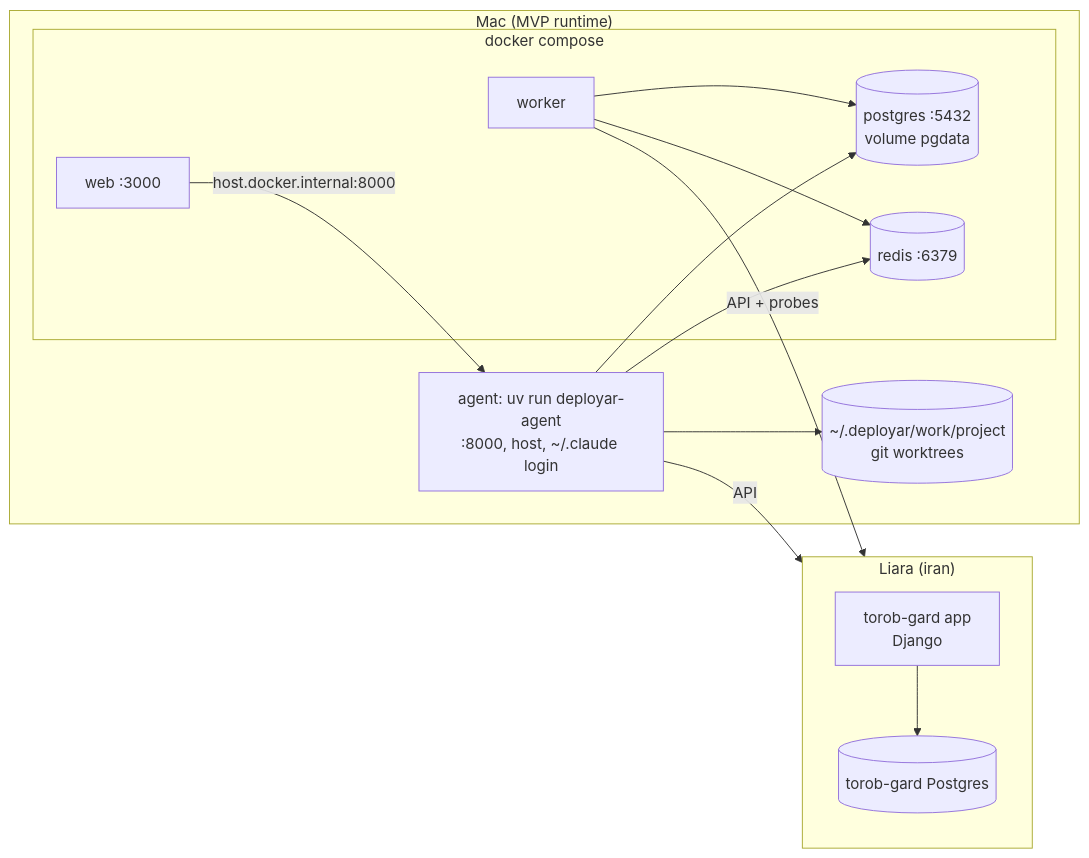
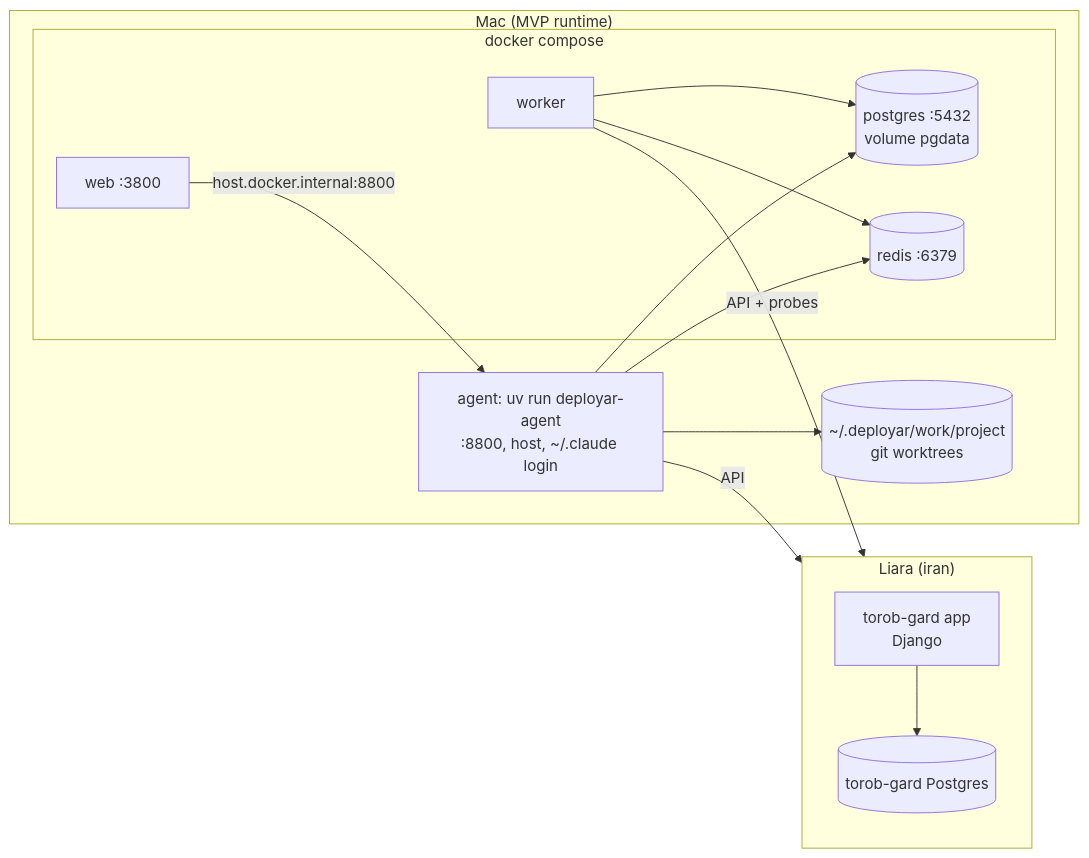
The fourth of 10 diagrams in docs/ARCHITECTURE.md (amircodington/deployar), drawn with Mermaid before and after one commit. The commit also changed other lines of this file and 27 other files, not shown here.

````diff
--- a/docs/ARCHITECTURE.md
+++ b/docs/ARCHITECTURE.md
@@ -128,26 +128,26 @@
 ```mermaid
 flowchart LR
   subgraph mac["Mac (MVP runtime)"]
-    a["agent: uv run deployar-agent<br/>:8000, host, ~/.claude login"]
+    a["agent: uv run deployar-agent<br/>:8800, host, ~/.claude login"]
     subgraph dc["docker compose"]
-      w["web :3000"]
+      w["web :3800"]
       k["worker"]
       p[("postgres :5432<br/>volume pgdata")]
       r[("redis :6379")]
     end
     wt[("~/.deployar/work/project<br/>git worktrees")]
   end
-  w -->|host.docker.internal:8000| a
+  w -->|host.docker.internal:8800| a
   a --> p
   a --> r
   k --> p
   k --> r
   a --> wt
   subgraph liara["Liara (iran)"]
     t["torob-gard app<br/>Django"]
     tdb[("torob-gard Postgres")]
   end
   a -->|API| liara
   k -->|API + probes| liara
   t --> tdb
 ```
````
